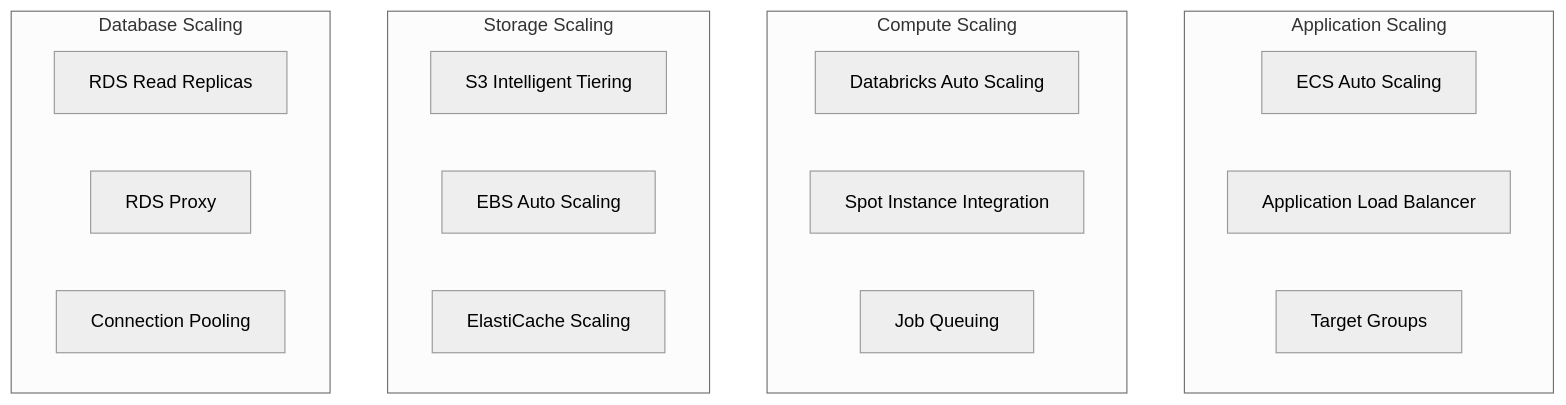
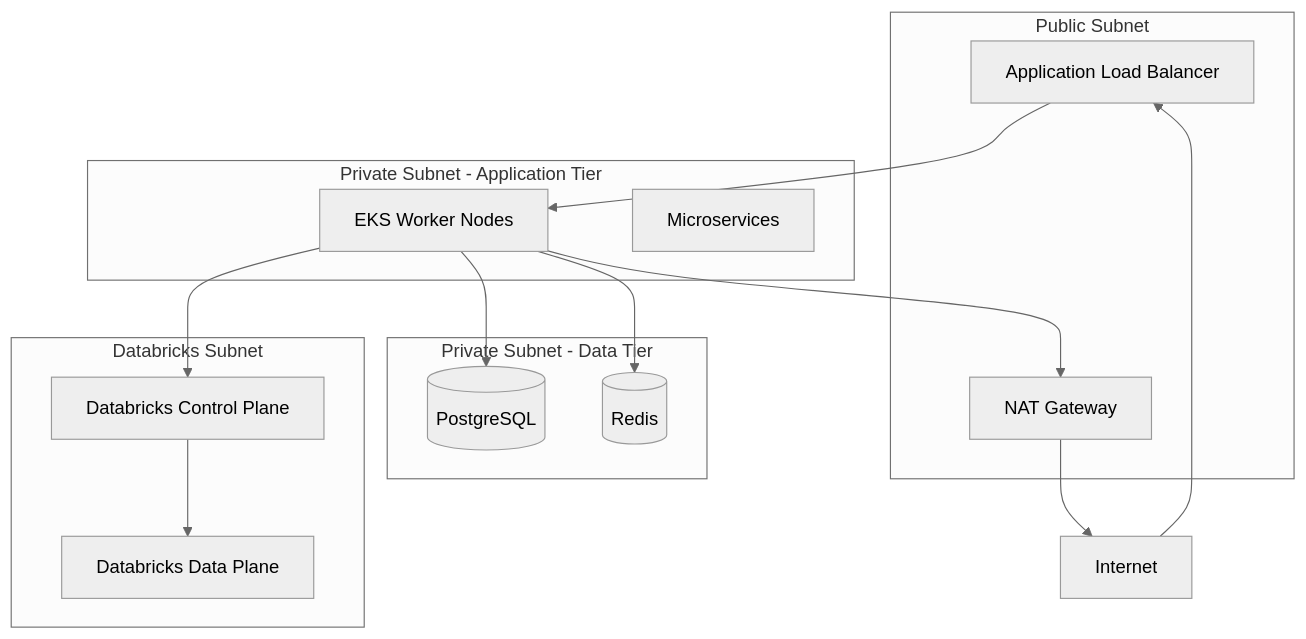
Before and after one commit to anurag-v-naik/multi-tenant-ingestion: the fourth of 4 diagrams in ARCHITECTURE.md, drawn with Mermaid (neutral theme). The commit also changed other lines of this file and 17 other files, not shown here.

````diff
--- a/ARCHITECTURE.md
+++ b/ARCHITECTURE.md
@@ -460,26 +384,31 @@
 ```mermaid
 graph TB
-    subgraph "Application Scaling"
-        ECS[ECS Auto Scaling]
+    subgraph "Public Subnet"
         ALB[Application Load Balancer]
-        TG[Target Groups]
+        NAT[NAT Gateway]
     end
     
-    subgraph "Compute Scaling"
-        DB[Databricks Auto Scaling]
-        SPOT[Spot Instance Integration]
-        QUEUE[Job Queuing]
+    subgraph "Private Subnet - Application Tier"
+        EKS[EKS Worker Nodes]
+        SERVICES[Microservices]
     end
     
-    subgraph "Storage Scaling"
-        S3[S3 Intelligent Tiering]
-        EBS[EBS Auto Scaling]
-        CACHE[ElastiCache Scaling]
+    subgraph "Private Subnet - Data Tier"
+        RDS[(PostgreSQL)]
+        REDIS[(Redis)]
     end
     
-    subgraph "Database Scaling"
-        RDS[RDS Read Replicas]
-        PROXY[RDS Proxy]
-        POOL[Connection Pooling]
+    subgraph "Databricks Subnet"
+        DB_CONTROL[Databricks Control Plane]
+        DB_DATA[Databricks Data Plane]
     end
+    
+    Internet --> ALB
+    ALB --> EKS
+    EKS --> RDS
+    EKS --> REDIS
+    EKS --> DB_CONTROL
+    DB_CONTROL --> DB_DATA
+    EKS --> NAT
+    NAT --> Internet
 ```
````
